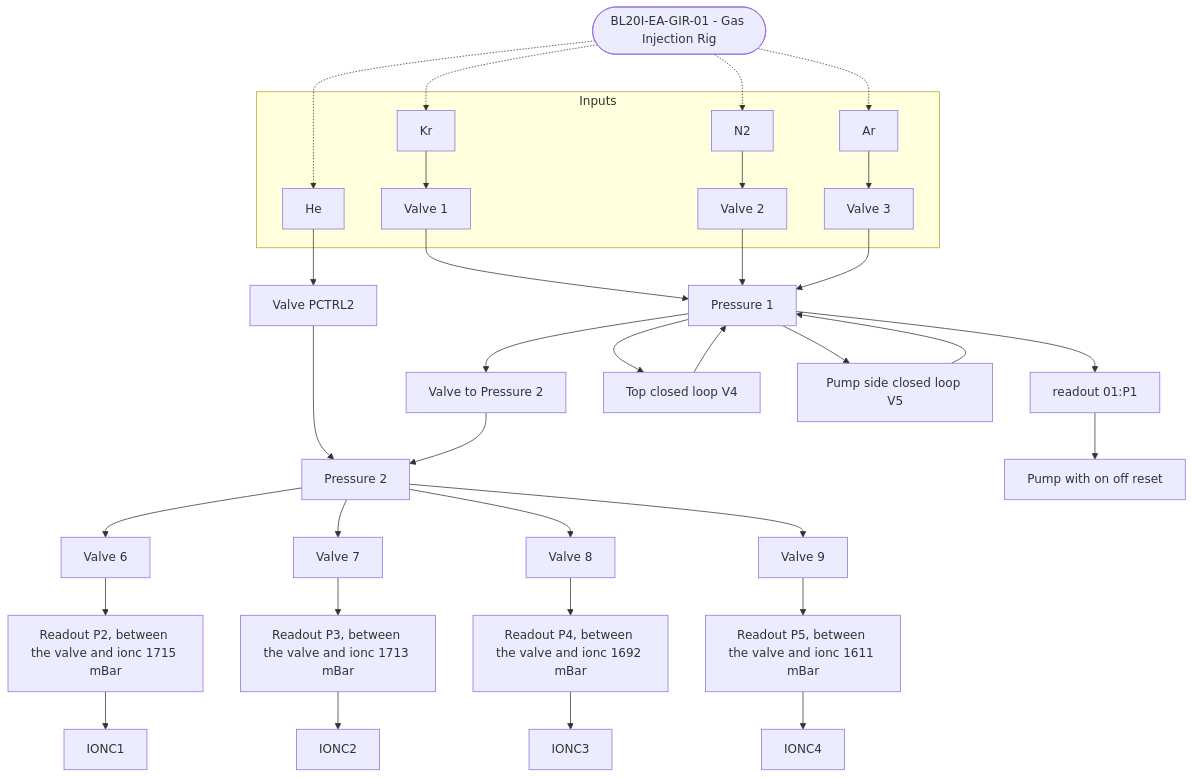
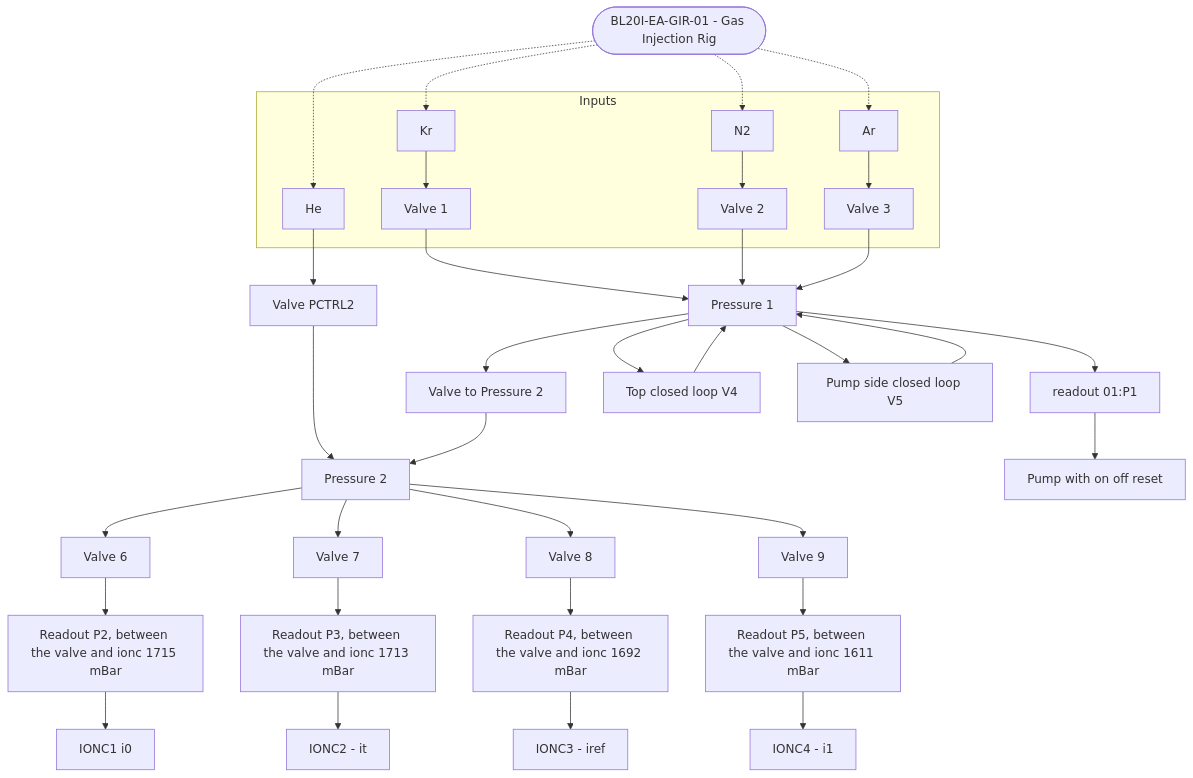
The diagram in src/spectroscopy_bluesky/i20/pv-values.md (DiamondLightSource/spectroscopy-bluesky), drawn with Mermaid before and after one commit. The commit also changed other lines of this file and 1 other file, not shown here.

Commit message:
almost ready to test, need to make it generic over any ion chamber

````diff
--- a/src/spectroscopy_bluesky/i20/pv-values.md
+++ b/src/spectroscopy_bluesky/i20/pv-values.md
@@ -57,39 +57,39 @@
 ```mermaid
 flowchart TD
     title([BL20I-EA-GIR-01 - Gas Injection Rig])
 
     subgraph Inputs
         %% Inputs
         Kr[Kr] --> KrV[Valve 1]
         N2[N2] --> N2V[Valve 2]
         Ar[Ar] --> ArV[Valve 3]
 
         %% He input goes directly to Pressure 2
         He[He] 
     end
 
     %% Pressure 1 Loop
     KrV --> P1[Pressure 1]
     N2V --> P1
     ArV --> P1
 
     He[He] --> HeV[Valve PCTRL2] --> P2
     P1 --> VToP2[Valve to Pressure 2] --> P2[Pressure 2]
 
     P1 --> ReadoutP1[readout 01:P1] --> Pump[Pump with on off reset]
 
     P1 --> V4[Top closed loop V4] --> P1
     P1 --> V5[Pump side closed loop V5] --> P1
 
 
     %% Outputs from Pressure 2
-    P2 --> V6[Valve 6] --> ReadoutP2[Readout P2, between the valve and ionc 1715 mBar] --> IONC1
-    P2 --> V7[Valve 7] --> ReadoutP3[Readout P3, between the valve and ionc 1713 mBar] --> IONC2
-    P2 --> V8[Valve 8] --> ReadoutP4[Readout P4, between the valve and ionc 1692 mBar] --> IONC3
-    P2 --> V9[Valve 9] --> ReadoutP5[Readout P5, between the valve and ionc 1611 mBar] --> IONC4
+    P2 --> V6[Valve 6] --> ReadoutP2[Readout P2, between the valve and ionc 1715 mBar] --> IONC1[IONC1 i0]
+    P2 --> V7[Valve 7] --> ReadoutP3[Readout P3, between the valve and ionc 1713 mBar] --> IONC2[IONC2  - it]
+    P2 --> V8[Valve 8] --> ReadoutP4[Readout P4, between the valve and ionc 1692 mBar] --> IONC3[IONC3  - iref]
+    P2 --> V9[Valve 9] --> ReadoutP5[Readout P5, between the valve and ionc 1611 mBar] --> IONC4[IONC4  - i1]
 
     title -.-> Kr
     title -.-> N2
     title -.-> Ar
     title -.-> He
 ```
````
